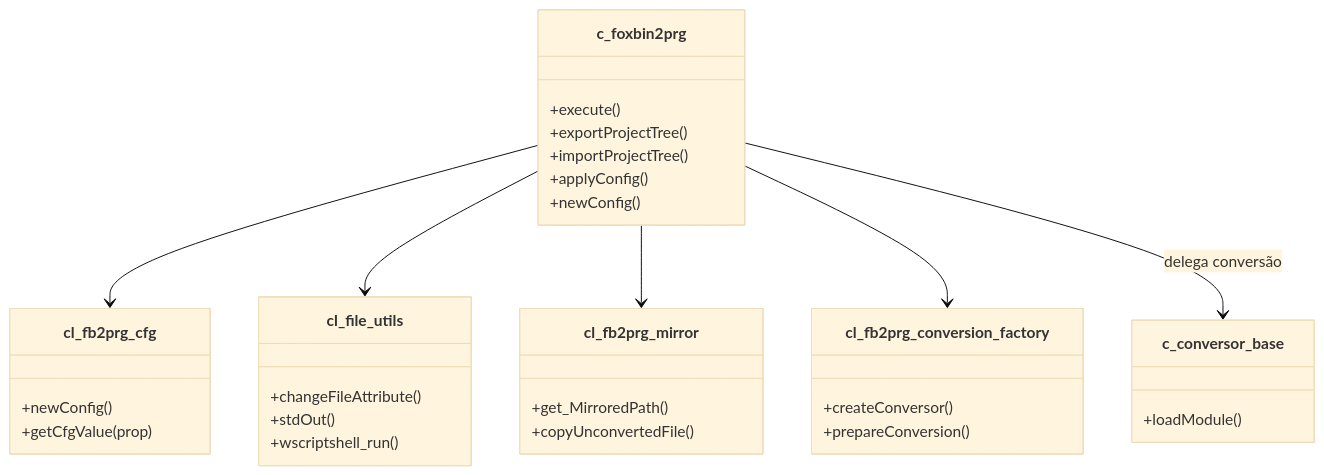
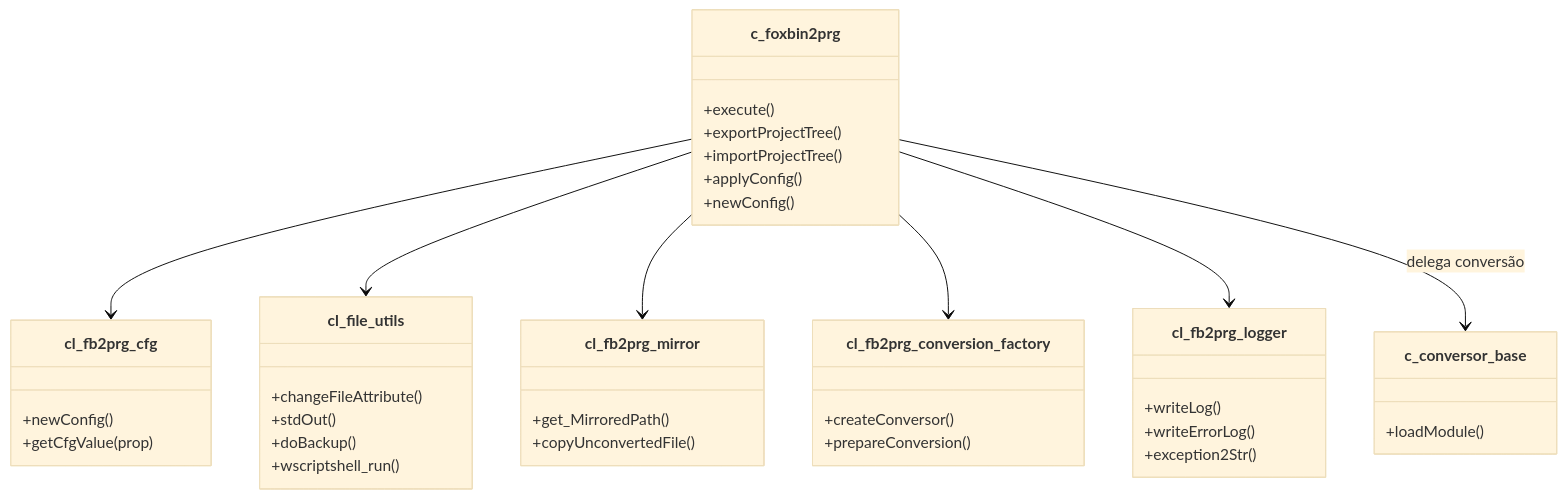
Before and after one commit to lkmatsumura/foxbin2prg: the second of 2 diagrams in docs/c_foxbin2prg_ClassAnalysis.md, drawn with Mermaid (base theme). The commit also changed other lines of this file and 6 other files, not shown here.

````diff
--- a/docs/c_foxbin2prg_ClassAnalysis.md
+++ b/docs/c_foxbin2prg_ClassAnalysis.md
@@ -344,36 +345,43 @@
 ```mermaid
 classDiagram
     class c_foxbin2prg {
         +execute()
         +exportProjectTree()
         +importProjectTree()
         +applyConfig()
         +newConfig()
     }
     class cl_fb2prg_cfg {
         +newConfig()
         +getCfgValue(prop)
     }
+    class cl_fb2prg_logger {
+        +writeLog()
+        +writeErrorLog()
+        +exception2Str()
+    }
     class cl_file_utils {
         +changeFileAttribute()
         +stdOut()
+        +doBackup()
         +wscriptshell_run()
     }
     class cl_fb2prg_mirror {
         +get_MirroredPath()
         +copyUnconvertedFile()
     }
     class cl_fb2prg_conversion_factory {
         +createConversor()
         +prepareConversion()
     }
     class c_conversor_base {
         +loadModule()
     }
 
     c_foxbin2prg --> cl_fb2prg_cfg
     c_foxbin2prg --> cl_file_utils
     c_foxbin2prg --> cl_fb2prg_mirror
     c_foxbin2prg --> cl_fb2prg_conversion_factory
+    c_foxbin2prg --> cl_fb2prg_logger
     c_foxbin2prg --> c_conversor_base : delega conversão
 ```
````
